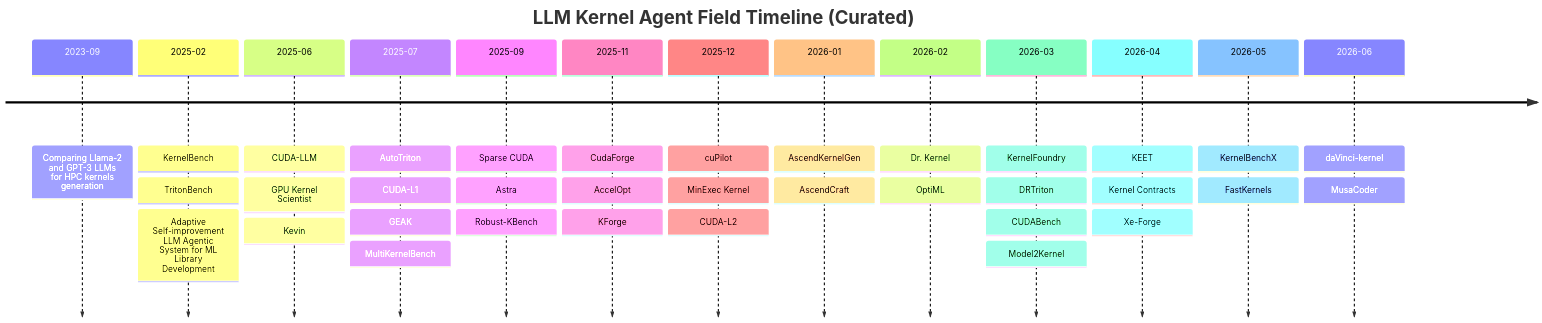
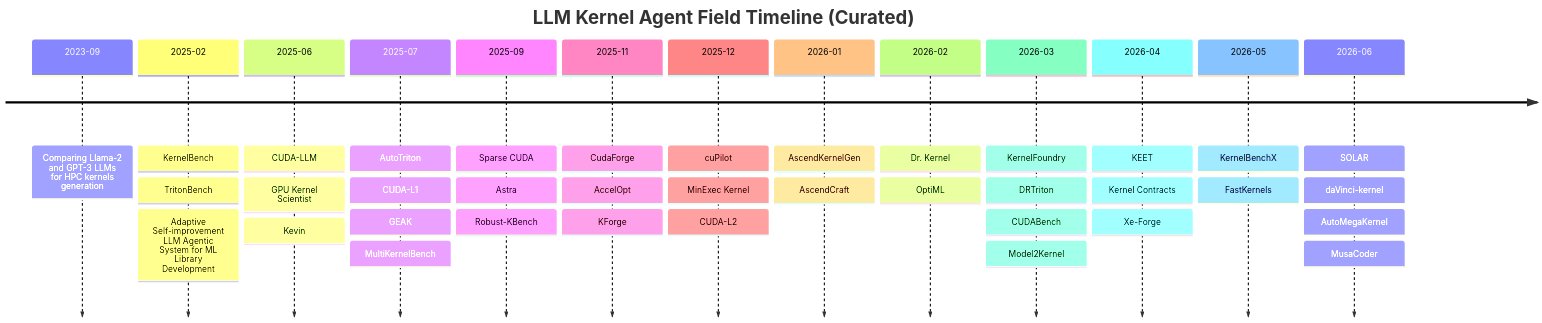
One commit to qhy991/Awesome-LLM-Kernel-Agent changed the first of 3 diagrams in README.md. Above: the diagram before and after it, drawn with Mermaid. The commit also changed other lines of this file and 13 other files, not shown here.

First line of the commit message:
Add AutoMegaKernel and SOLAR papers with landscape sync.

````diff
--- a/README.md
+++ b/README.md
@@ -63,39 +63,41 @@
 ```mermaid
 timeline
     title LLM Kernel Agent Field Timeline (Curated)
     2023-09 : Comparing Llama-2 and GPT-3 LLMs for HPC kernels generation
     2025-02 : KernelBench
              : TritonBench
              : Adaptive Self-improvement LLM Agentic System for ML Library Development
     2025-06 : CUDA-LLM
              : GPU Kernel Scientist
              : Kevin
     2025-07 : AutoTriton
              : CUDA-L1
              : GEAK
              : MultiKernelBench
     2025-09 : Sparse CUDA
              : Astra
              : Robust-KBench
     2025-11 : CudaForge
              : AccelOpt
              : KForge
     2025-12 : cuPilot
              : MinExec Kernel
              : CUDA-L2
     2026-01 : AscendKernelGen
              : AscendCraft
     2026-02 : Dr. Kernel
              : OptiML
     2026-03 : KernelFoundry
              : DRTriton
              : CUDABench
              : Model2Kernel
     2026-04 : KEET
              : Kernel Contracts
              : Xe-Forge
     2026-05 : KernelBenchX
              : FastKernels
-    2026-06 : daVinci-kernel
+    2026-06 : SOLAR
+             : daVinci-kernel
+             : AutoMegaKernel
              : MusaCoder
 ```
````
